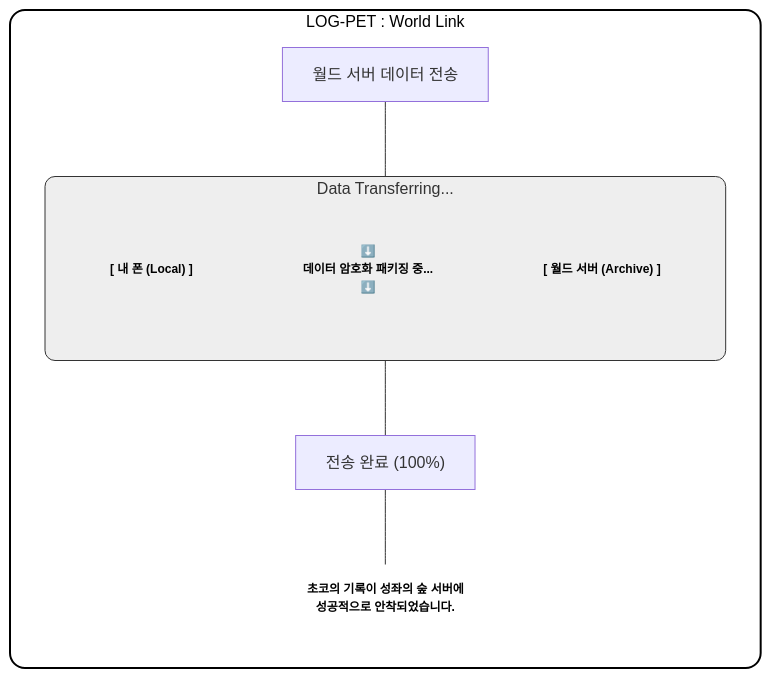
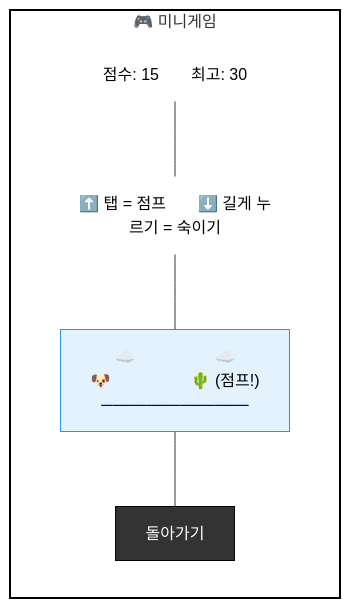
Before and after one commit to silver-hye/Log_Pet: the fifth of 6 diagrams in analysis.md, drawn with Mermaid. The commit also changed other lines of this file, not shown here.

Commit message:
미니게임 추가, 동물 움직임, 똥 시스템, 스탯 감소 추가

````diff
--- a/analysis.md
+++ b/analysis.md
@@ -1031,30 +695,19 @@
 ```mermaid
 graph TD
-    classDef device fill:#fff,stroke:#000,stroke-width:2px,rx:15,ry:15,color:#000;
-    classDef server_box fill:#eeeeee,stroke:#333,stroke-width:1px,rx:10,ry:10;
-    classDef transfer_text fill:none,stroke:none,color:#000,font-size:12px,font-weight:bold;
+    classDef device fill:#fff,stroke:#000,stroke-width:2px;
+    classDef title fill:none,stroke:none,color:#000,font-size:16px;
+    classDef game fill:#e3f2fd,stroke:#2196f3,color:#000;
+    classDef btn fill:#333,stroke:#000,color:#fff;
 
-    subgraph Mobile_Frame [LOG-PET : World Link]
+    subgraph Mobile_Frame [🎮 미니게임]
         direction TB
-
-        Header["월드 서버 데이터 전송"]:::title
-        
-        subgraph Link_Process [Data Transferring...]
-            direction TB
-            From["[ 내 폰 (Local) ]"]:::transfer_text
-            Arrow["⬇️<br>데이터 암호화 패키징 중...<br>⬇️"]:::transfer_text
-            To["[ 월드 서버 (Archive) ]"]:::transfer_text
-        end
-
-        Progress["전송 완료 (100%)"]:::save_btn
-        
-        Status_Msg["초코의 기록이 성좌의 숲 서버에<br>성공적으로 안착되었습니다."]:::transfer_text
-
-        Header --- Link_Process
-        Link_Process --- Progress
-        Progress --- Status_Msg
+        Score["점수: 15　　최고: 30"]:::title
+        Guide["⬆️ 탭 = 점프　　⬇️ 길게 누르기 = 숙이기"]:::title
+        Game_Area["☁️　　　　　☁️\n🐶　　　　　🌵 (점프!)\n─────────────"]:::game
+        Btn_Back["돌아가기"]:::btn
+        Score --- Guide
+        Guide --- Game_Area
+        Game_Area --- Btn_Back
     end
-
     class Mobile_Frame device;
-    class Link_Process server_box;
 ```
````
